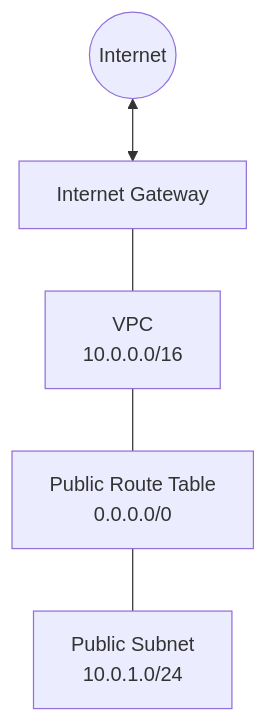
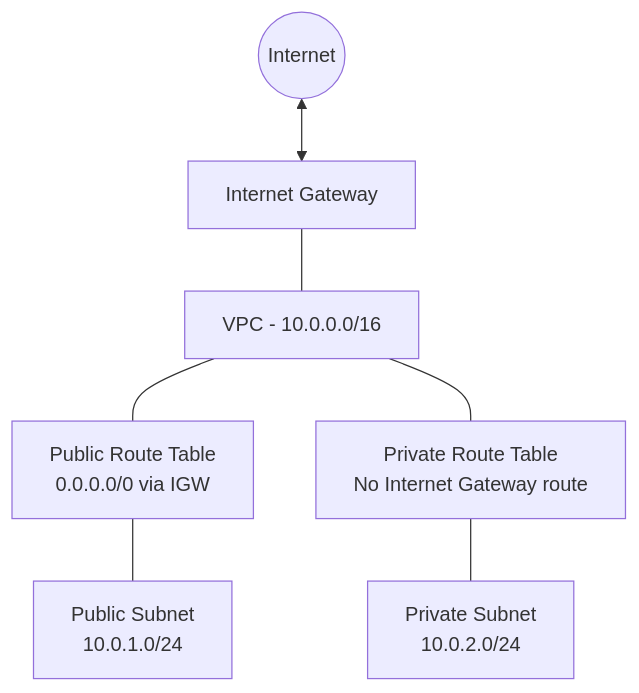
Before and after one commit to vishwakarmasuman/aws-infrastructure-terraform: the diagram in README.md, drawn with Mermaid. The commit also changed other lines of this file and 5 other files, not shown here.

````diff
--- a/README.md
+++ b/README.md
@@ -11,13 +11,19 @@
 ```mermaid
 flowchart TD
     Internet((Internet))
     IGW[Internet Gateway]
-    RT[Public Route Table<br/>0.0.0.0/0]
-    Subnet[Public Subnet<br/>10.0.1.0/24]
-    VPC[VPC<br/>10.0.0.0/16]
+    VPC[VPC - 10.0.0.0/16]
+
+    PublicRT[Public Route Table<br/>0.0.0.0/0 via IGW]
+    PublicSubnet[Public Subnet<br/>10.0.1.0/24]
+
+    PrivateRT[Private Route Table<br/>No Internet Gateway route]
+    PrivateSubnet[Private Subnet<br/>10.0.2.0/24]
 
     Internet <--> IGW
     IGW --- VPC
-    VPC --- RT
-    RT --- Subnet
+    VPC --- PublicRT
+    PublicRT --- PublicSubnet
+    VPC --- PrivateRT
+    PrivateRT --- PrivateSubnet
 ```
````
